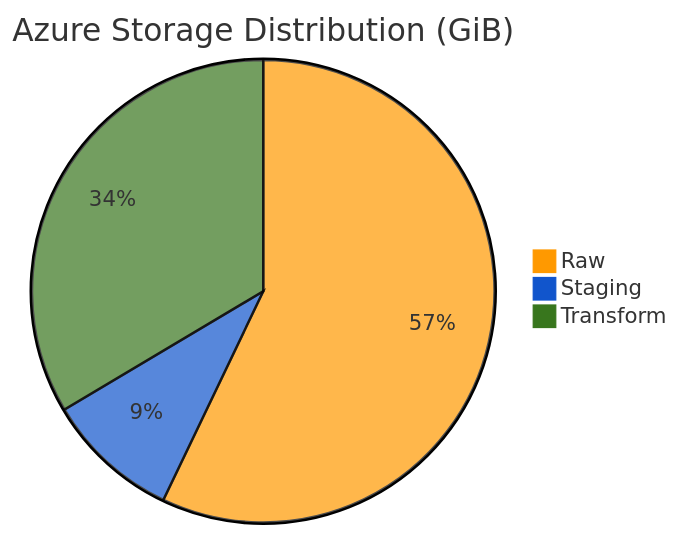
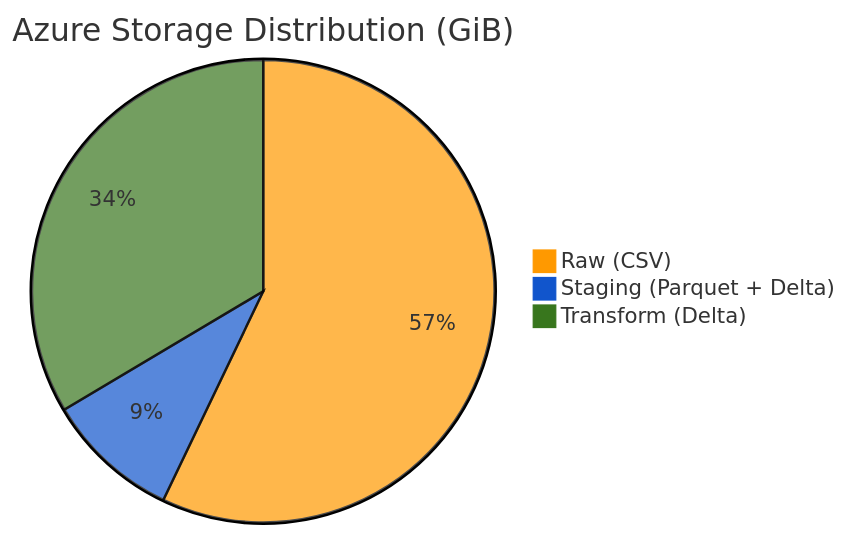
The first of 3 diagrams in README.md (nhudinh2103/Multi-platform-comparison-NYC-Taxi-dataset), drawn with Mermaid before and after one commit. The commit also changed other lines of this file, not shown here.

````diff
--- a/README.md
+++ b/README.md
@@ -277,8 +279,8 @@
 ```mermaid
 %%{init: {'theme': 'base', 'themeVariables': { 'pie1': '#ff9900', 'pie2': '#1155cc', 'pie3': '#38761d'}}}%%
 pie
     title Azure Storage Distribution (GiB)
-    "Raw" : 223.13
-    "Staging" : 36.53
-    "Transform" : 131.07
+    "Raw (CSV)" : 223.13
+    "Staging (Parquet + Delta)" : 36.53
+    "Transform (Delta)" : 131.07
 ```
````
